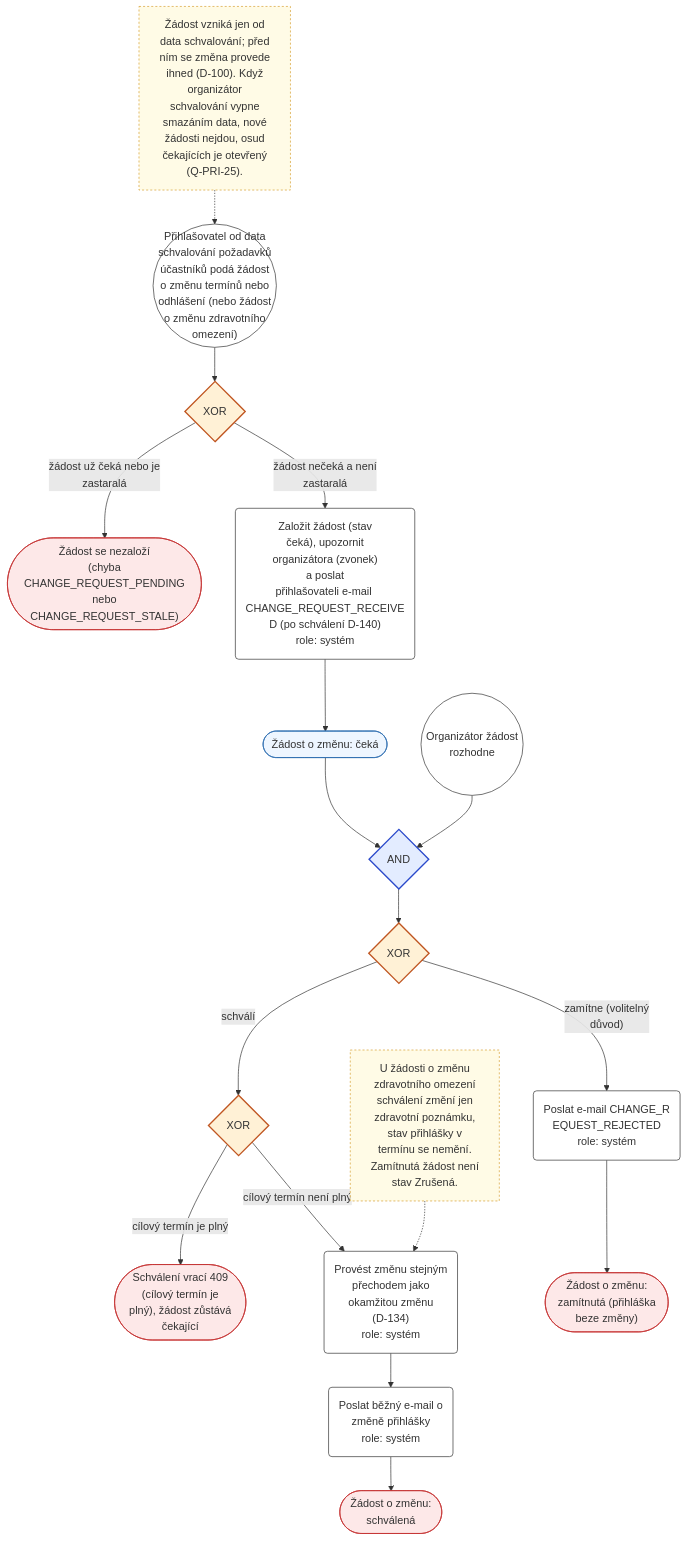
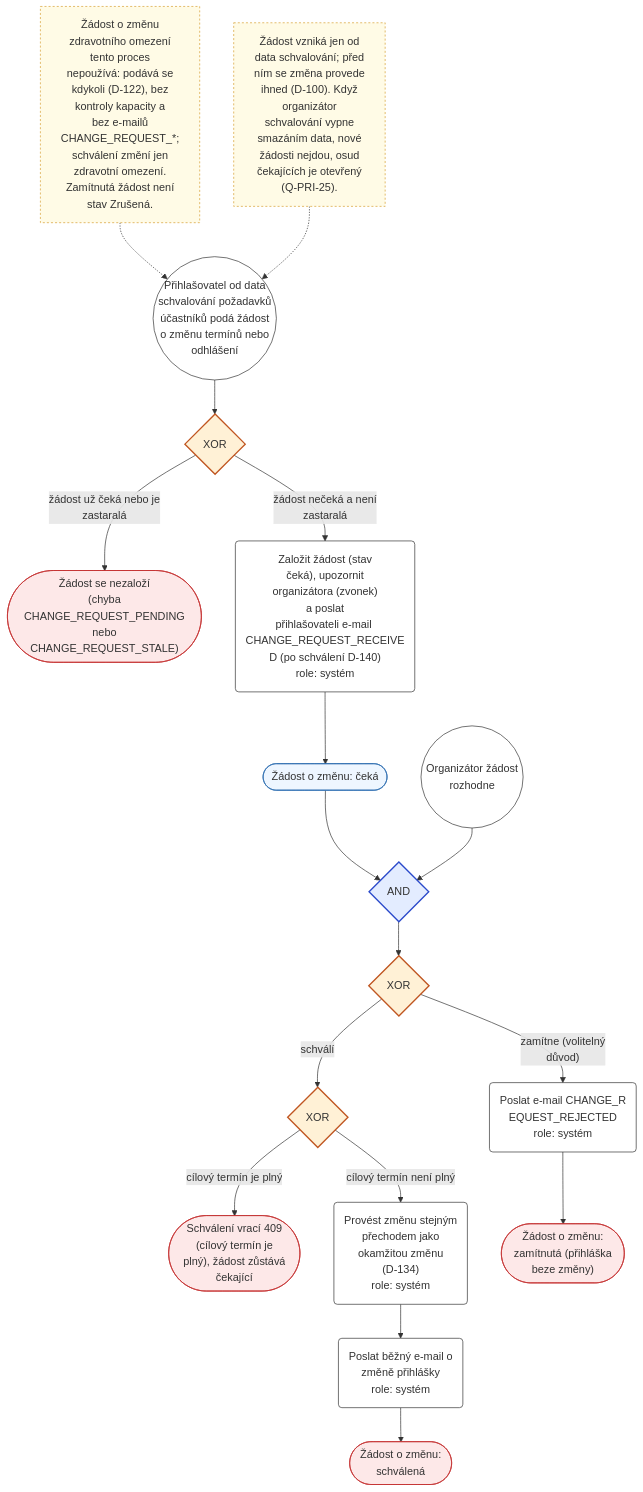
Before and after one commit to applifting-vsecourse/team-1: the diagram in docs/procesy/zpracovani-prihlasky/zadost-o-zmenu.mmd, drawn with Mermaid. The commit also changed 3 other files, not shown here.

```diff
--- a/docs/procesy/zpracovani-prihlasky/zadost-o-zmenu.mmd
+++ b/docs/procesy/zpracovani-prihlasky/zadost-o-zmenu.mmd
@@ -1,55 +1,55 @@
 flowchart TD
   classDef ev fill:#ffffff,stroke:#333,stroke-width:1px
   classDef timed fill:#ffffff,stroke:#333,stroke-width:1px,stroke-dasharray:2 2
   classDef task fill:#ffffff,stroke:#333
   classDef proc fill:#e6fffa,stroke:#2c7a7b
   classDef st fill:#eef6ff,stroke:#2b6cb0
   classDef endst fill:#fde8e8,stroke:#c53030
   classDef gw_xor fill:#fff1d6,stroke:#c05621,stroke-width:2px
   classDef gw_and fill:#e3ecff,stroke:#2b4acb,stroke-width:2px
   classDef gw_or fill:#e2f7e8,stroke:#2f855a,stroke-width:2px
   classDef note fill:#fffbe6,stroke:#d69e2e,stroke-dasharray:3 3
   classDef unsure stroke-dasharray:4 3,stroke-width:2px,stroke:#d69e2e
 
-  n_e_zadost(("Přihlašovatel od data<br/>schvalování požadavků<br/>účastníků podá žádost<br/>o změnu termínů nebo<br/>odhlášení (nebo žádost<br/>o změnu zdravotního<br/>omezení)"))
+  n_e_zadost(("Přihlašovatel od data<br/>schvalování požadavků<br/>účastníků podá žádost<br/>o změnu termínů nebo<br/>odhlášení"))
   n_g_ceka{"XOR"}
   n_e_chyba(["Žádost se nezaloží<br/>(chyba<br/>CHANGE_REQUEST_PENDING<br/>nebo<br/>CHANGE_REQUEST_STALE)"])
   n_zalozit("Založit žádost (stav<br/>čeká), upozornit<br/>organizátora (zvonek)<br/>a poslat<br/>přihlašovateli e-mail <br/>CHANGE_REQUEST_RECEIVE<br/>D (po schválení D-140)<br/>role: systém")
   n_s_ceka(["Žádost o změnu: čeká"])
   n_e_rozhodnuti(("Organizátor žádost<br/>rozhodne"))
   n_g_rozhodnuti{"XOR"}
   n_g_plny{"XOR"}
   n_e_plny(["Schválení vrací 409<br/>(cílový termín je<br/>plný), žádost zůstává<br/>čekající"])
   n_provest("Provést změnu stejným<br/>přechodem jako<br/>okamžitou změnu<br/>(D-134)<br/>role: systém")
   n_email_zmena("Poslat běžný e-mail o<br/>změně přihlášky<br/>role: systém")
   n_s_schvalena(["Žádost o změnu:<br/>schválená"])
   n_email_zamitnuti("Poslat e-mail CHANGE_R<br/>EQUEST_REJECTED<br/>role: systém")
   n_s_zamitnuta(["Žádost o změnu:<br/>zamítnutá (přihláška<br/>beze změny)"])
-  n_n_zdravi["U žádosti o změnu<br/>zdravotního omezení<br/>schválení změní jen<br/>zdravotní poznámku,<br/>stav přihlášky v<br/>termínu se nemění.<br/>Zamítnutá žádost není<br/>stav Zrušená."]
+  n_n_zdravi["Žádost o změnu<br/>zdravotního omezení<br/>tento proces<br/>nepoužívá: podává se<br/>kdykoli (D-122), bez<br/>kontroly kapacity a<br/>bez e-mailů<br/>CHANGE_REQUEST_*;<br/>schválení změní jen<br/>zdravotní omezení.<br/>Zamítnutá žádost není<br/>stav Zrušená."]
   n_n_datum["Žádost vzniká jen od<br/>data schvalování; před<br/>ním se změna provede<br/>ihned (D-100). Když<br/>organizátor<br/>schvalování vypne<br/>smazáním data, nové<br/>žádosti nejdou, osud<br/>čekajících je otevřený<br/>(Q-PRI-25)."]
   n_sync_e_rozhodnuti{"AND"}
 
   n_e_zadost --> n_g_ceka
   n_g_ceka -->|"žádost už čeká nebo je<br/>zastaralá"| n_e_chyba
   n_g_ceka -->|"žádost nečeká a není<br/>zastaralá"| n_zalozit
   n_zalozit --> n_s_ceka
   n_s_ceka --> n_sync_e_rozhodnuti
   n_sync_e_rozhodnuti --> n_g_rozhodnuti
   n_g_rozhodnuti -->|"schválí"| n_g_plny
   n_g_plny -->|"cílový termín je plný"| n_e_plny
   n_g_plny -->|"cílový termín není plný"| n_provest
   n_provest --> n_email_zmena
   n_email_zmena --> n_s_schvalena
   n_g_rozhodnuti -->|"zamítne (volitelný<br/>důvod)"| n_email_zamitnuti
   n_email_zamitnuti --> n_s_zamitnuta
-  n_n_zdravi -.-> n_provest
+  n_n_zdravi -.-> n_e_zadost
   n_n_datum -.-> n_e_zadost
   n_e_rozhodnuti --> n_sync_e_rozhodnuti
 
   class n_e_zadost,n_e_rozhodnuti ev
   class n_g_ceka,n_g_rozhodnuti,n_g_plny gw_xor
   class n_e_chyba,n_e_plny,n_s_schvalena,n_s_zamitnuta endst
   class n_zalozit,n_provest,n_email_zmena,n_email_zamitnuti task
   class n_s_ceka st
   class n_n_zdravi,n_n_datum note
   class n_sync_e_rozhodnuti gw_and
```
